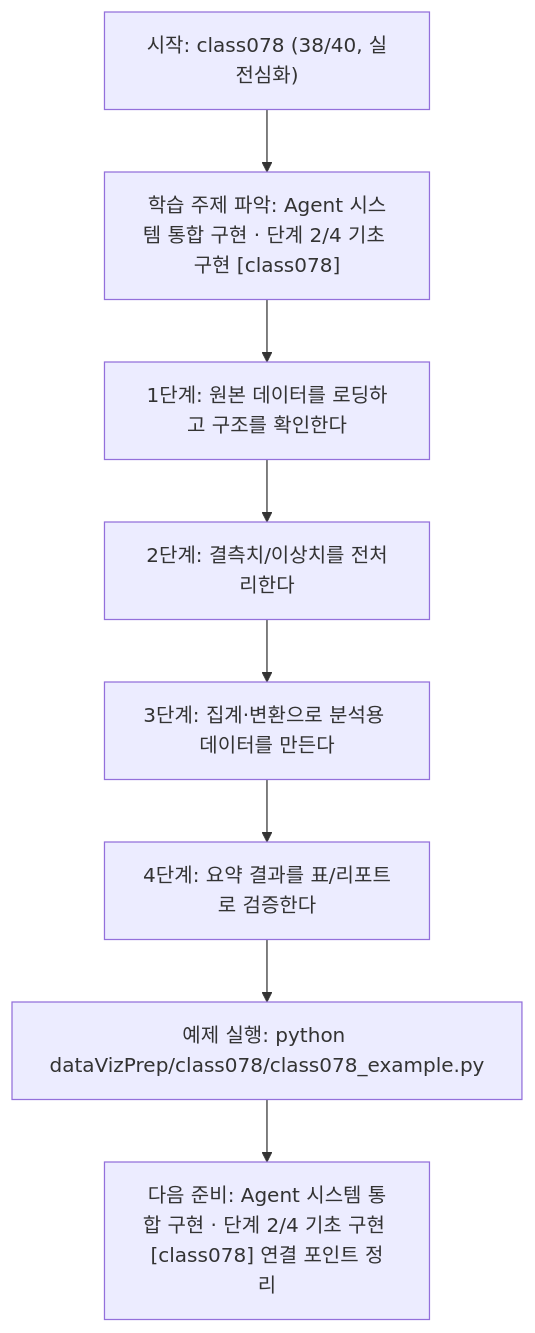
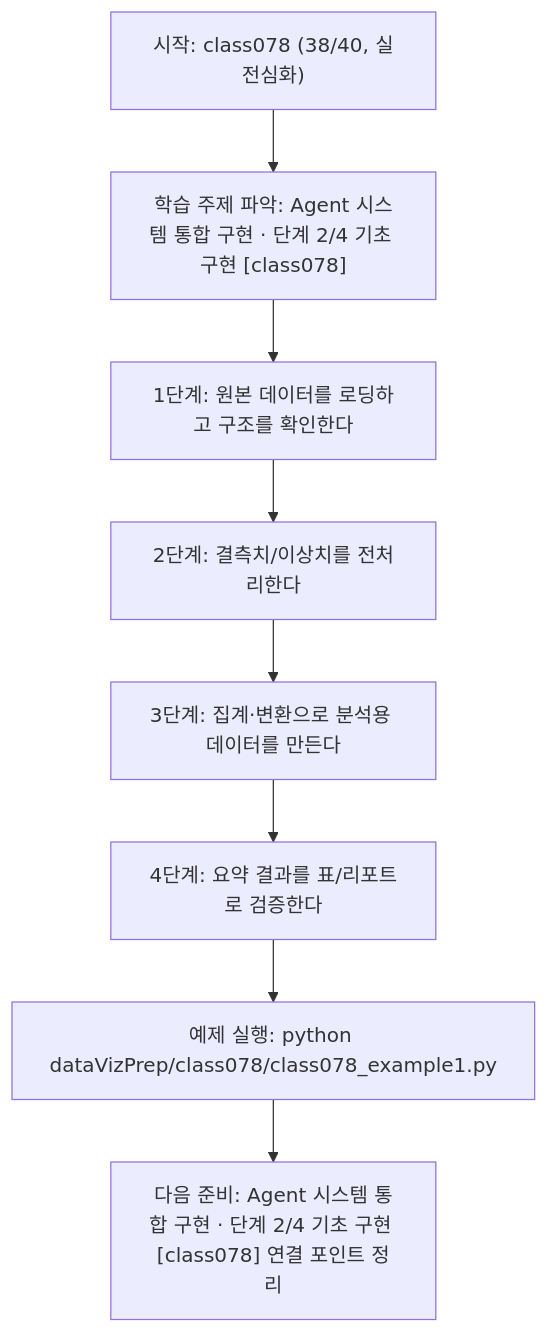
One commit to edumgt/Python-AI_Agent-Class changed the diagram in dataVizPrep/class078/class078.md. Above: the diagram before and after it, drawn with Mermaid. The commit also changed other lines of this file and 2959 other files, not shown here.

````diff
--- a/dataVizPrep/class078/class078.md
+++ b/dataVizPrep/class078/class078.md
@@ -112,18 +112,18 @@
 ```mermaid
 flowchart TD
 N1["시작: class078 (38/40, 실전심화)"]
 N2["학습 주제 파악: Agent 시스템 통합 구현 · 단계 2/4 기초 구현 [class078]"]
 N3["1단계: 원본 데이터를 로딩하고 구조를 확인한다"]
 N4["2단계: 결측치/이상치를 전처리한다"]
 N5["3단계: 집계·변환으로 분석용 데이터를 만든다"]
 N6["4단계: 요약 결과를 표/리포트로 검증한다"]
-N7["예제 실행: python dataVizPrep/class078/class078_example.py"]
+N7["예제 실행: python dataVizPrep/class078/class078_example1.py"]
 N8["다음 준비: Agent 시스템 통합 구현 · 단계 2/4 기초 구현 [class078] 연결 포인트 정리"]
 N1 --> N2
 N2 --> N3
 N3 --> N4
 N4 --> N5
 N5 --> N6
 N6 --> N7
 N7 --> N8
 ```
````
